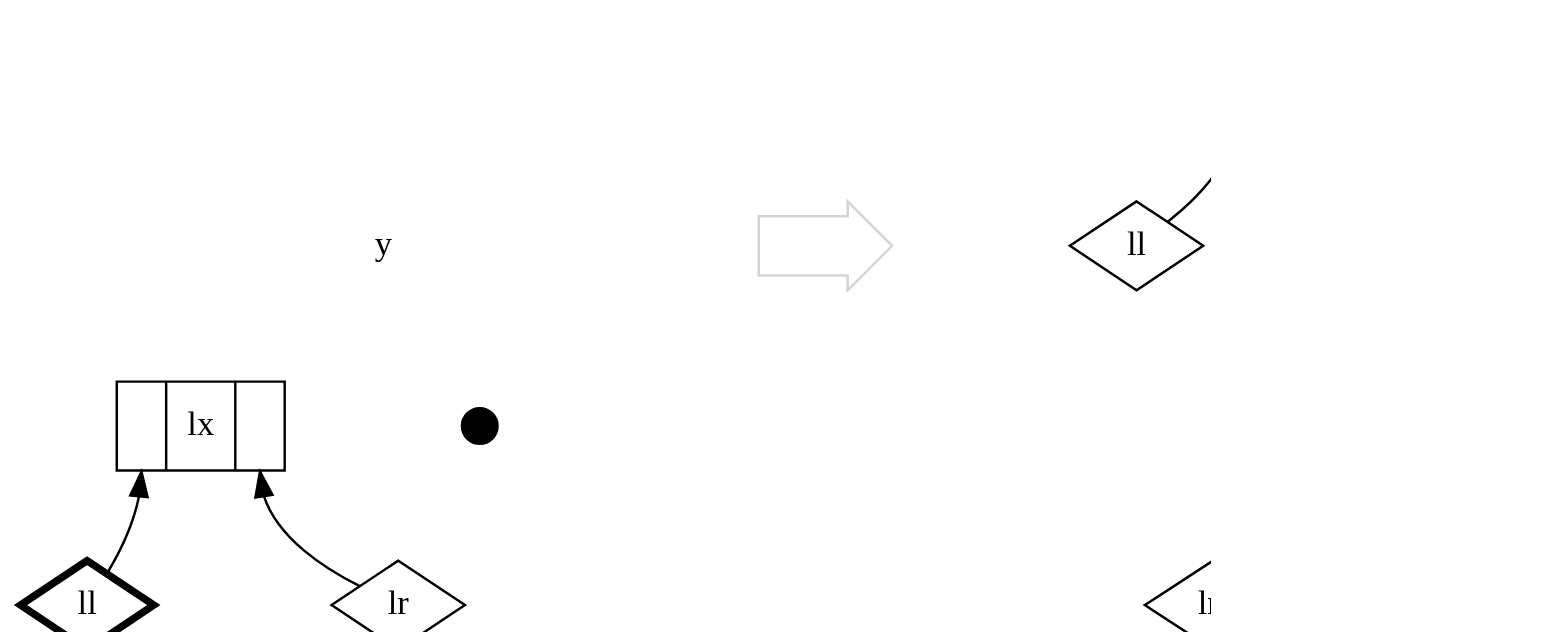
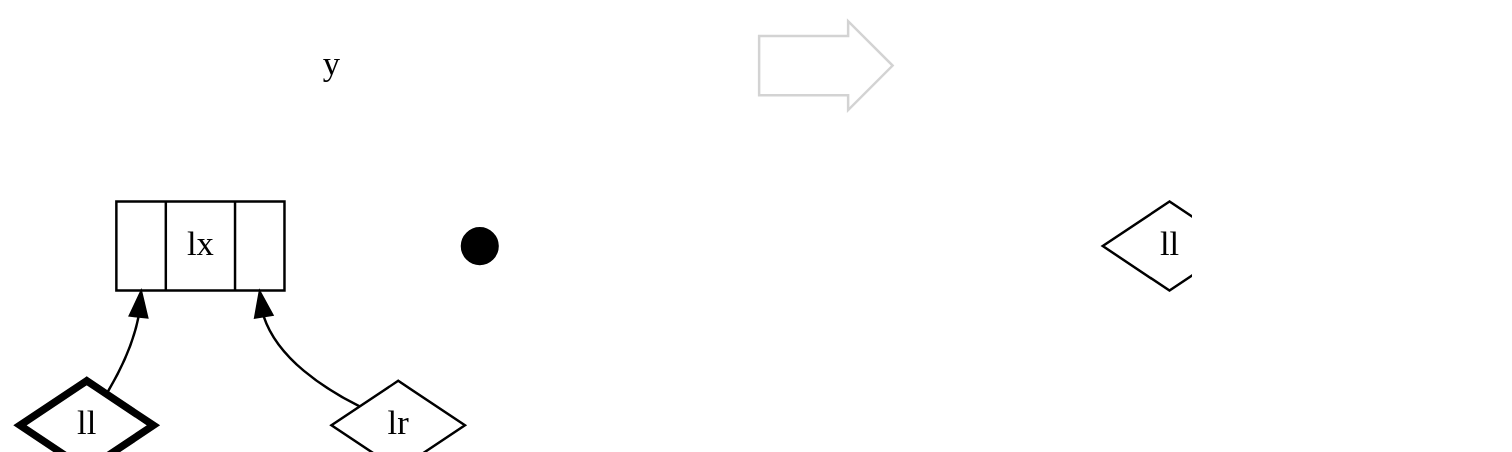
Before and after one commit to fommil/fpmortals: diagram 25 of 30 in manuscript/book.org, drawn with Graphviz. The commit also changed other lines of this file and 3 other files, not shown here.

```diff
--- a/manuscript/book.org
+++ b/manuscript/book.org
@@ -7678,43 +7678,38 @@
 #+BEGIN_SRC dot :cmd dot :file images/balanceL-5a.png :exports results
 digraph G {
     graph [dpi=100, rankdir=BT,nodesep=1];
     node [fontname=Hack];
     compound=true;
 
     subgraph case {
       y [label="y",color=white];
       left [shape=record, label="<left> | <y> lx | <right>"];
       right [shape=point,width=0.2];
       left -> y [style=invis];
       right -> y [style=invis];
       left_left [shape=diamond,label="ll",penwidth=3];
       left_right [shape=diamond, label="lr"];
       left_left -> left:left;
       left_right -> left:right;
     }
 
     goes_to [shape=rarrow,label="",color=lightgray];
     hack_2 [style=invis];
     hack_2 -> goes_to [style=invis];
     hack_3 [style=invis];
     hack_3 -> hack_2 [style=invis];
 
     subgraph case_ {
       y_ [shape=record,label="<left> | <y> lx | <right>"];
       left_ [shape=diamond,label="ll"];
       right_ [shape=record,label="<left> | <y> y | <right>"];
       left_ -> y_:left;
       right_ -> y_:right;
 
-      right_left_ [shape=record,label="<left> | <y> lrx | <right>"];
+      right_left_ [shape=diamond,label="lr"];
       right_right_ [shape=point,width=0.2];
       right_left_ -> right_:left;
       right_right_ -> right_:right;
-
-      right_left_left_ [shape=diamond,label="lrl"];
-      right_left_right_ [shape=diamond,label="lrr"];
-      right_left_left_ -> right_left_:left;
-      right_left_right_ -> right_left_:right;
     }
 }
 #+End_SRC
```
